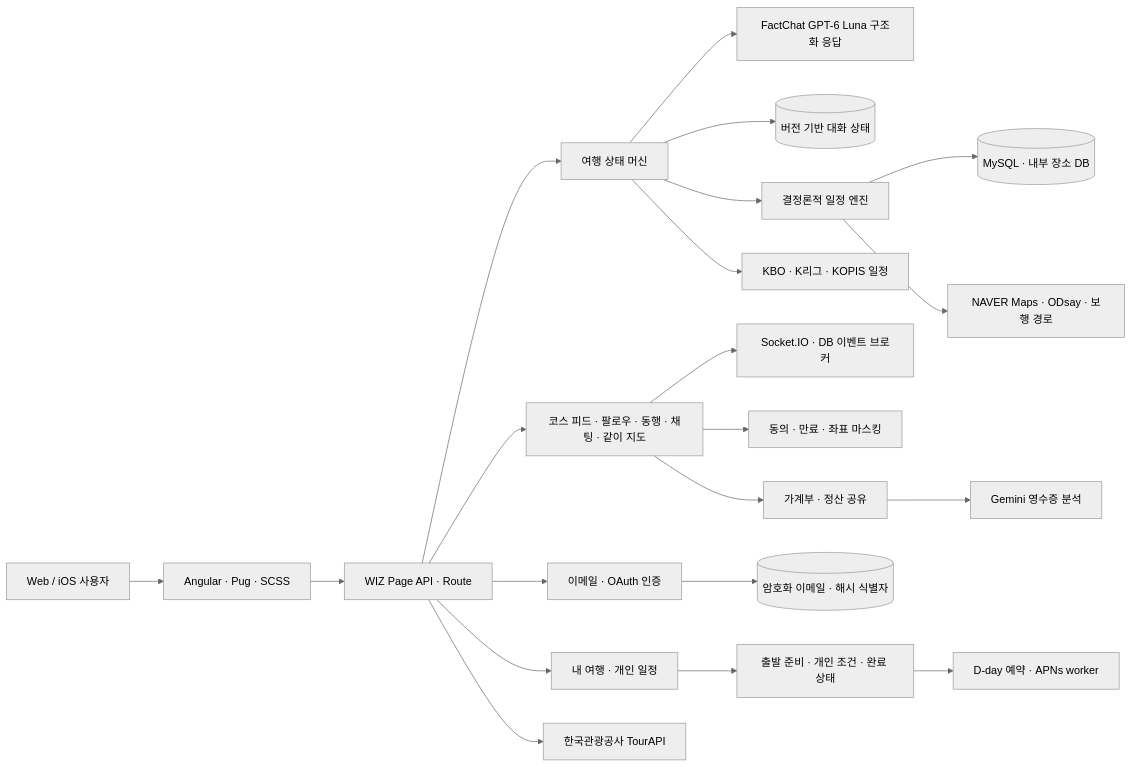
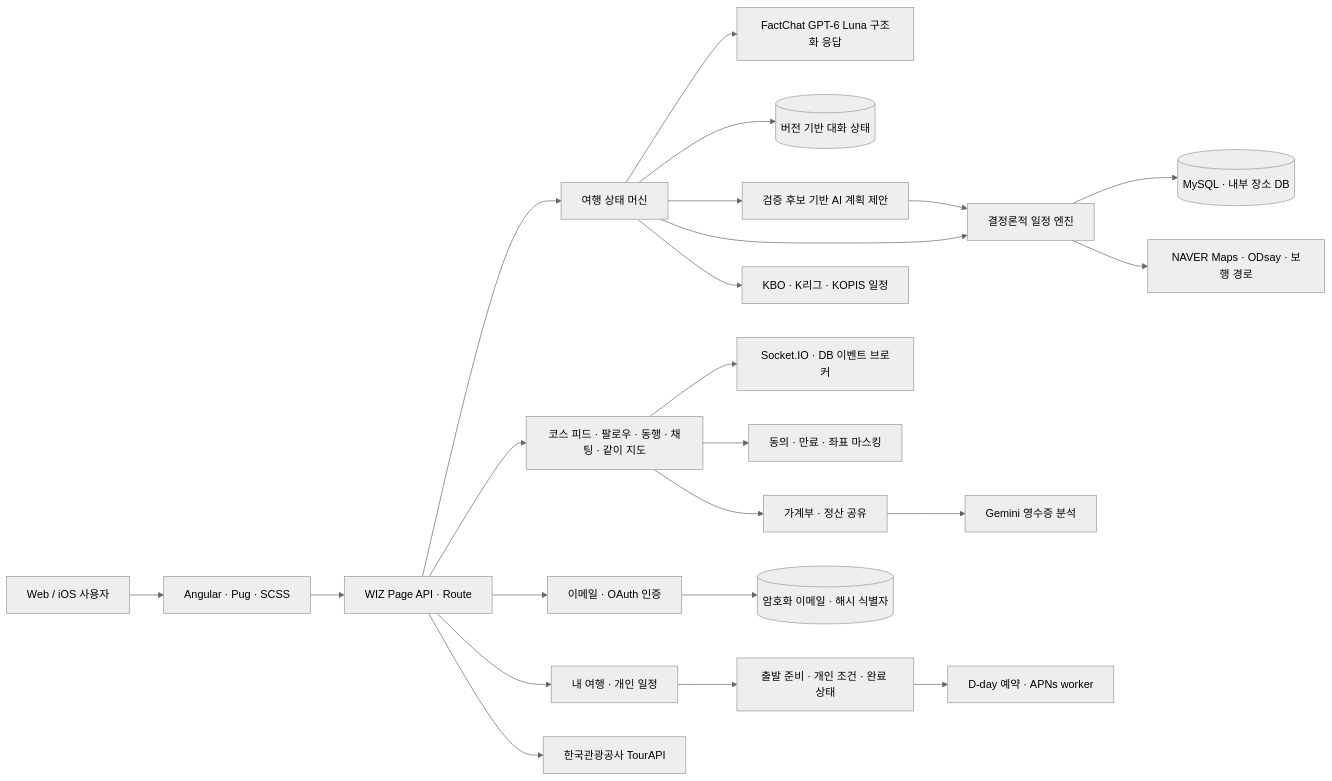
The first of 2 diagrams in README.md (xericen/GACHI), drawn with Mermaid (neutral theme) before and after one commit. The commit also changed other lines of this file, not shown here.

````diff
--- a/README.md
+++ b/README.md
@@ -222,23 +228,25 @@
 ```mermaid
 flowchart LR
     U[Web / iOS 사용자] --> UI[Angular · Pug · SCSS]
     UI --> API[WIZ Page API · Route]
     API --> STATE[여행 상태 머신]
     API --> SOCIAL[코스 피드 · 팔로우 · 동행 · 채팅 · 같이 지도]
     API --> AUTH[이메일 · OAuth 인증]
     API --> TRIP[내 여행 · 개인 일정]
     TRIP --> PREP[출발 준비 · 개인 조건 · 완료 상태]
     PREP --> PUSH[D-day 예약 · APNs worker]
     STATE --> AI[FactChat GPT-6 Luna 구조화 응답]
     STATE --> THREAD[(버전 기반 대화 상태)]
+    STATE --> ADVISOR[검증 후보 기반 AI 계획 제안]
     STATE --> ENGINE[결정론적 일정 엔진]
     STATE --> EVENT[KBO · K리그 · KOPIS 일정]
     ENGINE --> DB[(MySQL · 내부 장소 DB)]
     ENGINE --> MAP[NAVER Maps · ODsay · 보행 경로]
+    ADVISOR --> ENGINE
     SOCIAL --> SOCKET[Socket.IO · DB 이벤트 브로커]
     SOCIAL --> SAFETY[동의 · 만료 · 좌표 마스킹]
     SOCIAL --> LEDGER[가계부 · 정산 공유]
     LEDGER --> VISION[Gemini 영수증 분석]
     AUTH --> ID[(암호화 이메일 · 해시 식별자)]
     API --> TOUR[한국관광공사 TourAPI]
 ```
````
